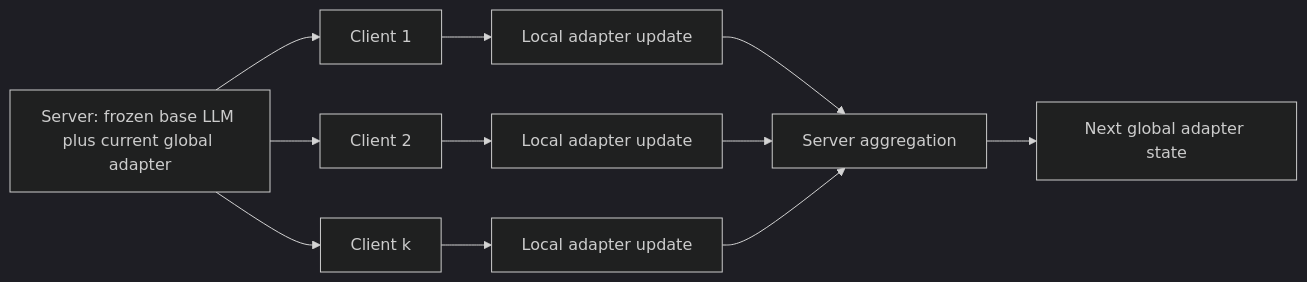
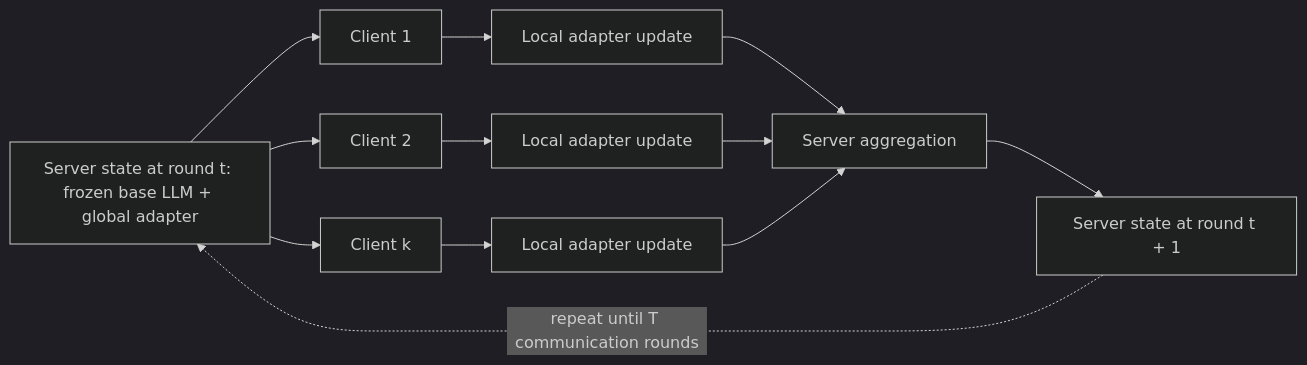
Before and after one commit to trantrieuvy/vflora: the first of 4 diagrams in docs/METHODS.md, drawn with Mermaid (dark theme). The commit also changed other lines of this file, not shown here.

Commit message:
Refine method diagrams and notation

````diff
--- a/docs/METHODS.md
+++ b/docs/METHODS.md
@@ -17,13 +17,17 @@
 ```mermaid
 flowchart LR
-  G0[Server: frozen base LLM plus current global adapter] --> C1[Client 1]
-  G0 --> C2[Client 2]
-  G0 --> Ck[Client k]
-  C1 --> T1[Local adapter update]
-  C2 --> T2[Local adapter update]
-  Ck --> Tk[Local adapter update]
-  T1 --> S[Server aggregation]
-  T2 --> S
-  Tk --> S
-  S --> G1[Next global adapter state]
+  Gt["Server state at round t: frozen base LLM + global adapter"] --> C1["Client 1"]
+  Gt --> C2["Client 2"]
+  Gt --> Ck["Client k"]
+
+  C1 --> U1["Local adapter update"]
+  C2 --> U2["Local adapter update"]
+  Ck --> Uk["Local adapter update"]
+
+  U1 --> S["Server aggregation"]
+  U2 --> S
+  Uk --> S
+
+  S --> Gnext["Server state at round t + 1"]
+  Gnext -. "repeat until T communication rounds" .-> Gt
 ```
````
